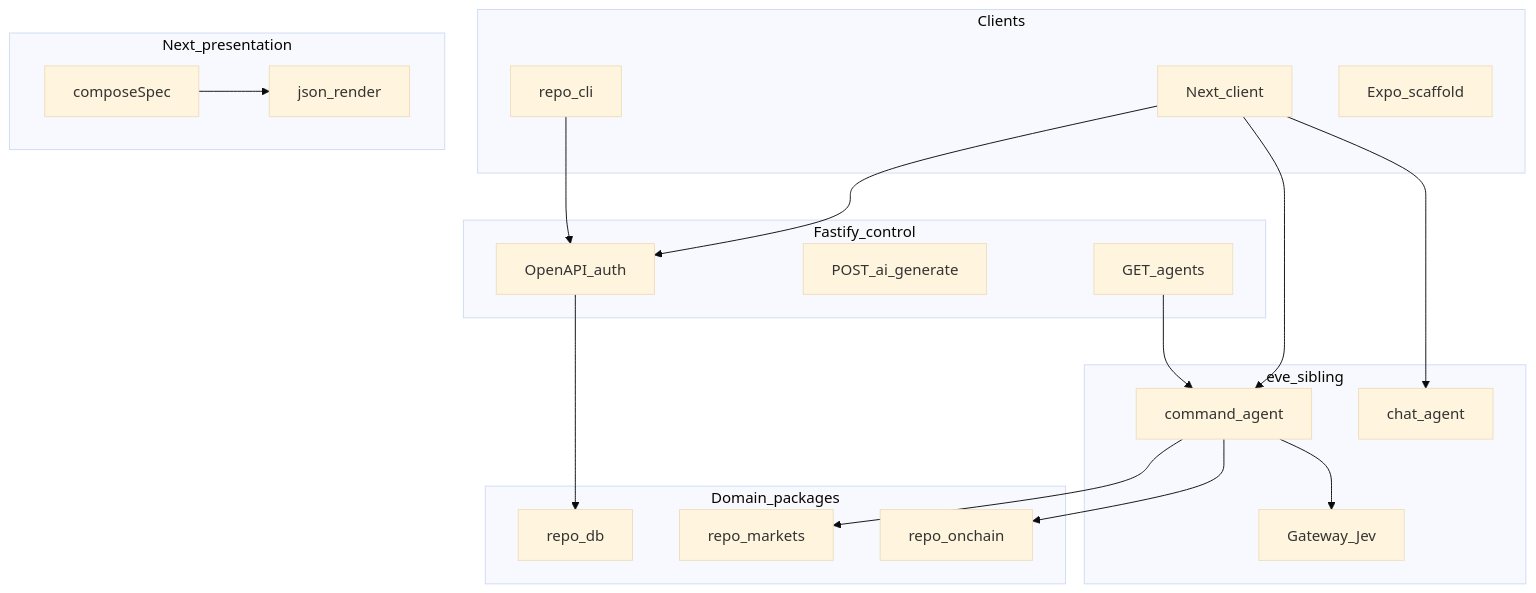
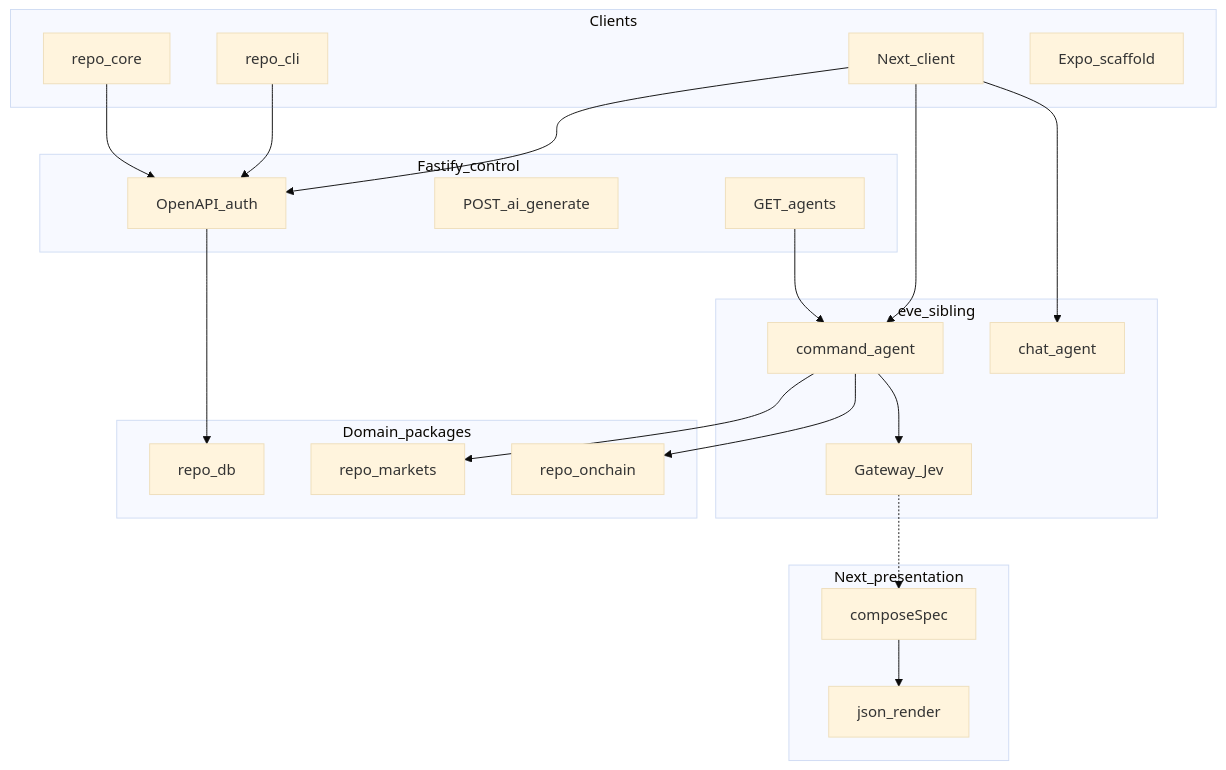
One commit to blockmatic/basilic changed the diagram in apps/docu/content/docs/architecture/index.mdx. Above: the diagram before and after it, drawn with Mermaid (base theme). The commit also changed other lines of this file and 38 other files, not shown here.

````diff
--- a/apps/docu/content/docs/architecture/index.mdx
+++ b/apps/docu/content/docs/architecture/index.mdx
@@ -10,37 +12,40 @@
 ```mermaid
 flowchart TB
   subgraph clients [Clients]
     Web[Next_client]
     CLI[repo_cli]
+    SDK[repo_core]
     Mobile[Expo_scaffold]
   end
   subgraph control [Fastify_control]
     API[OpenAPI_auth]
     Generate[POST_ai_generate]
     AgentsMeta[GET_agents]
   end
   subgraph eveHost [eve_sibling]
     Command[command_agent]
     Chat[chat_agent]
     Jev[Gateway_Jev]
   end
   subgraph domain [Domain_packages]
     Db[repo_db]
     Markets[repo_markets]
     Onchain[repo_onchain]
   end
   subgraph present [Next_presentation]
     Compose[composeSpec]
-    Board[json_render]
+    Spec[json_render]
   end
   Web --> API
   CLI --> API
+  SDK --> API
   Web --> Command
   Web --> Chat
   AgentsMeta --> Command
   Command --> Jev
   Command --> Markets
   Command --> Onchain
   API --> Db
-  Compose --> Board
+  Compose --> Spec
+  Jev -.-> Compose
 ```
````
